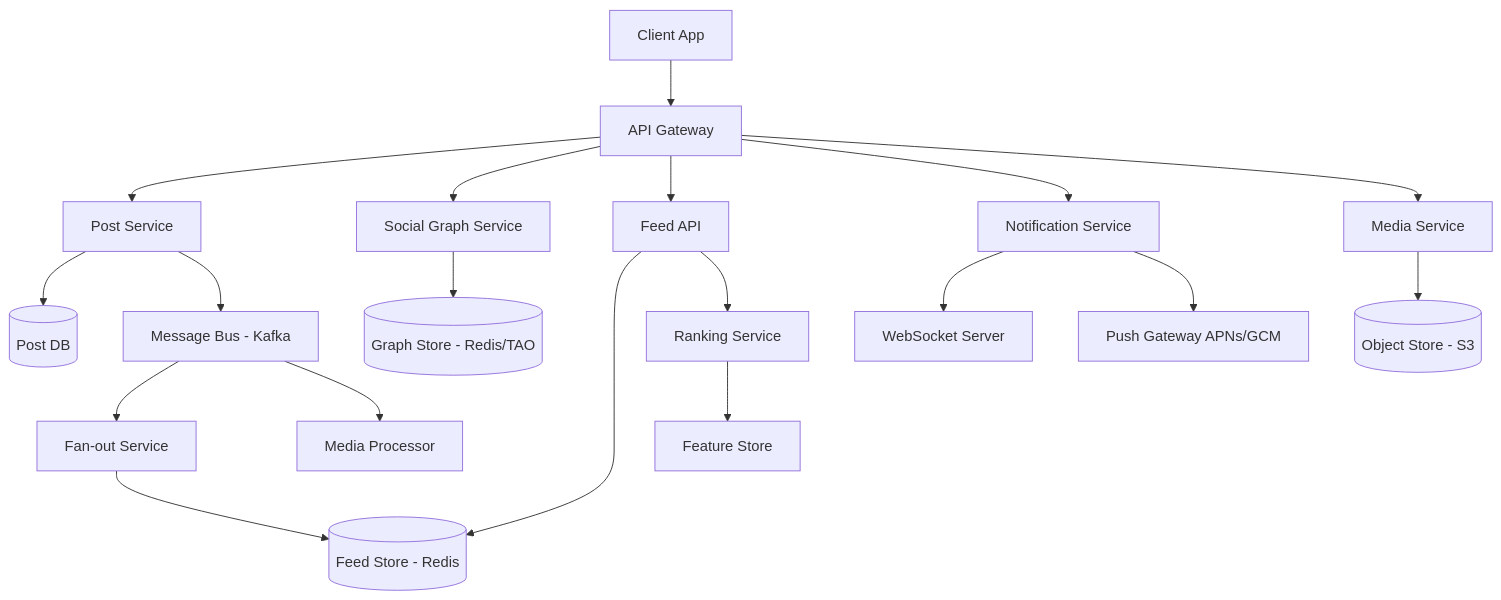
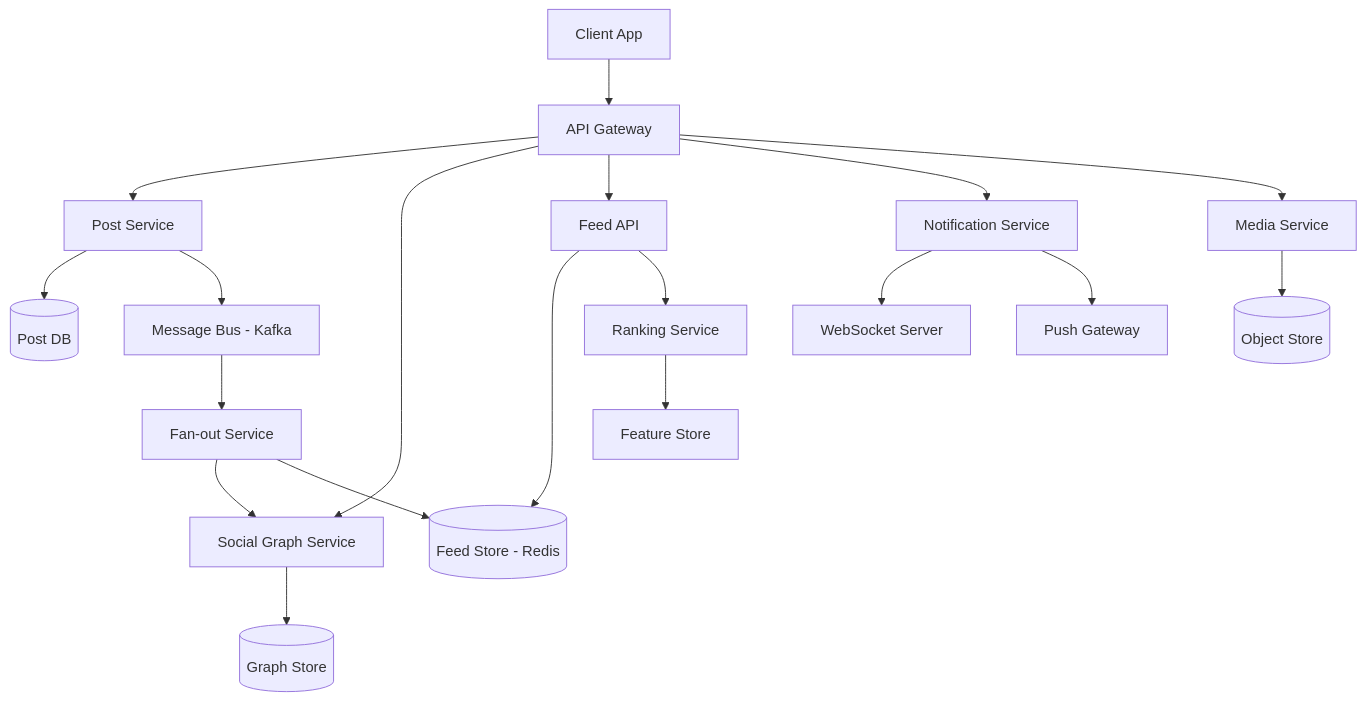
The first of 14 diagrams in docs/system-design/high-level/designing/advanced/social-media.md (abhishekghoshh/system-design-helper), drawn with Mermaid before and after one commit. The commit also changed other lines of this file and 107 other files, not shown here.

````diff
--- a/docs/system-design/high-level/designing/advanced/social-media.md
+++ b/docs/system-design/high-level/designing/advanced/social-media.md
@@ -285,21 +49,21 @@
 ```mermaid
 graph TD
-  Client[Client App] --> API[API Gateway]
-  API --> PostSvc[Post Service]
-  API --> GraphSvc[Social Graph Service]
-  API --> FeedAPI[Feed API]
-  API --> NotifySvc[Notification Service]
-  API --> MediaSvc[Media Service]
-  PostSvc --> PostDB[(Post DB)]
-  PostSvc --> Bus[Message Bus - Kafka]
-  GraphSvc --> GraphDB[(Graph Store - Redis/TAO)]
-  Bus --> Fanout[Fan-out Service]
-  Fanout --> FeedStore[(Feed Store - Redis)]
-  FeedAPI --> FeedStore
-  FeedAPI --> RankSvc[Ranking Service]
-  RankSvc --> Features[Feature Store]
-  NotifySvc --> WS[WebSocket Server]
-  NotifySvc --> Push[Push Gateway APNs/GCM]
-  MediaSvc --> ObjStore[(Object Store - S3)]
-  Bus --> MediaProc[Media Processor]
+    Client[Client App] --> API[API Gateway]
+    API --> PostSvc[Post Service]
+    API --> GraphSvc[Social Graph Service]
+    API --> FeedAPI[Feed API]
+    API --> NotifySvc[Notification Service]
+    API --> MediaSvc[Media Service]
+    PostSvc --> PostDB[(Post DB)]
+    PostSvc --> Bus[Message Bus - Kafka]
+    GraphSvc --> GraphDB[(Graph Store)]
+    Bus --> Fanout[Fan-out Service]
+    Fanout --> GraphSvc
+    Fanout --> FeedStore[(Feed Store - Redis)]
+    FeedAPI --> FeedStore
+    FeedAPI --> RankSvc[Ranking Service]
+    RankSvc --> Features[Feature Store]
+    NotifySvc --> WS[WebSocket Server]
+    NotifySvc --> Push[Push Gateway]
+    MediaSvc --> ObjStore[(Object Store)]
 ```
````
